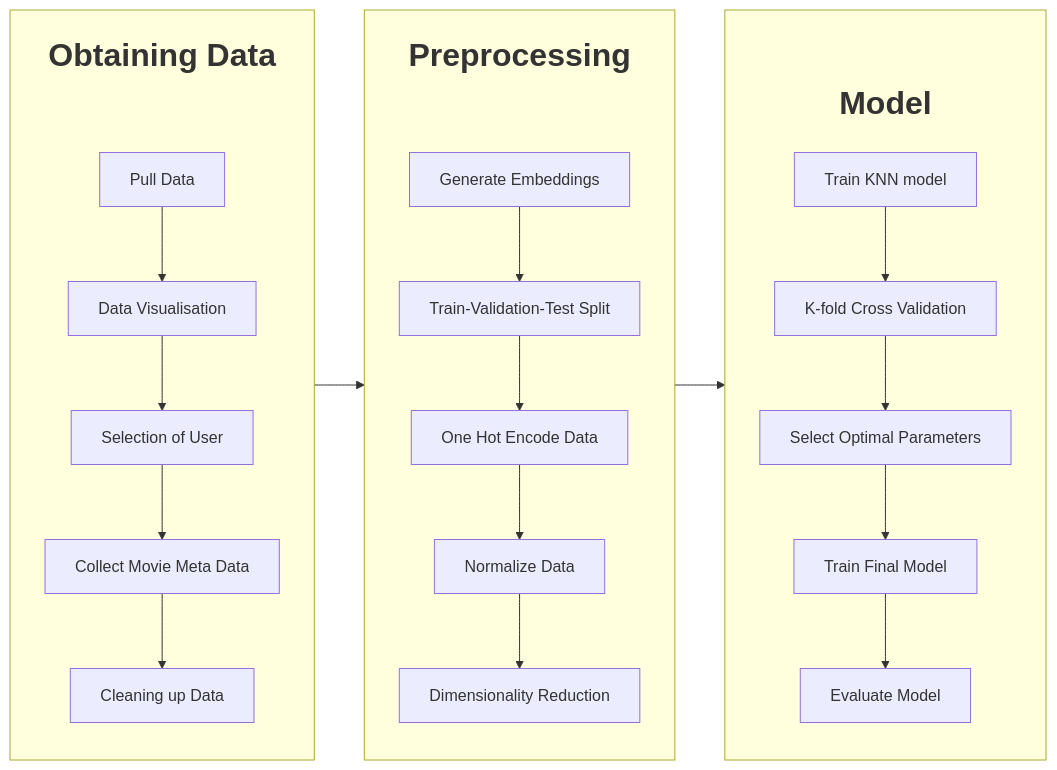
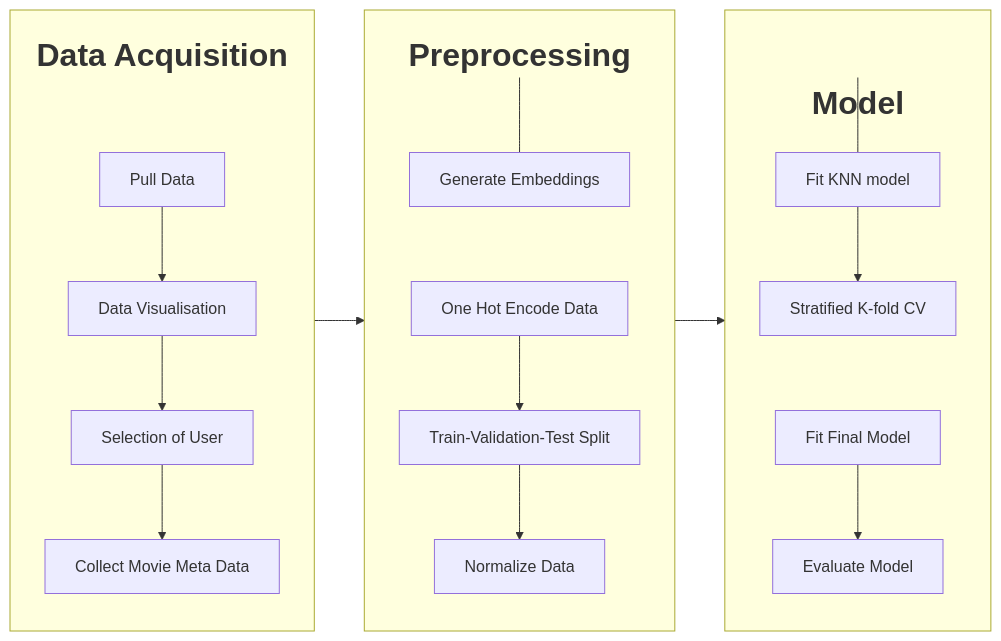
One commit to Cistaroth/IML-FINAL-PROJECT changed the diagram in README.md. Above: the diagram before and after it, drawn with Mermaid.

Commit message:
Update workflow diagram in README.md

````diff
--- a/README.md
+++ b/README.md
@@ -24,59 +24,53 @@
 ```mermaid
 graph LR;
     data_pull[Pull Data]
     data_visualisation[Data Visualisation]
     select_user[Selection of User]
     collect_metadata[Collect Movie Meta Data]
-    data_cleaning[Cleaning up Data]
 
     generate_embeddings[Generate Embeddings]
     train_test_split[Train-Validation-Test Split]
     one_hot_encode_data[One Hot Encode Data]
     normalize_data[Normalize Data]
-    dimensionality_reduction[Dimensionality Reduction]
 
-    train_model[Train KNN model]
-    k_fold_cross_validation[K-fold Cross Validation]
-    select_optimal_parameters[Select Optimal Parameters]
-    train_final_model[Train Final Model]
+    train_model[Fit KNN model]
+    k_fold_cross_validation[Stratified K-fold CV]
+    train_final_model[Fit Final Model]
     model_evaluation[Evaluate Model]
 
-    subgraph obtain_data["<h1> Obtaining Data </h1>"]
+    subgraph obtain_data["<h1> Data Acquisition </h1>"]
     direction TB;
     s1[ ]---data_pull;
     data_pull-->data_visualisation;
     data_visualisation-->select_user;
     select_user-->collect_metadata;
-    collect_metadata-->data_cleaning
     end
 
     subgraph preprocessing["<h1> Preprocessing </h1>"]
     direction TB;
     s2[ ]---generate_embeddings;
-    generate_embeddings-->train_test_split;
-    train_test_split-->one_hot_encode_data;
-    one_hot_encode_data-->normalize_data;
-    normalize_data-->dimensionality_reduction
+    generate_embeddings-->one_hot_encode_data;
+    one_hot_encode_data-->train_test_split;
+    train_test_split-->normalize_data;
     end
 
     subgraph model["<h1> <br/> Model </h1>"]
     direction TB;
     s3[ ]---train_model;
     train_model-->k_fold_cross_validation;
-    k_fold_cross_validation-->select_optimal_parameters;
-    select_optimal_parameters-->train_final_model;
+    k_fold_cross_validation-->train_final_model;
     train_final_model-->model_evaluation;
     end
 
     obtain_data-->preprocessing;
 
     preprocessing-->model;
     
     style s1 fill:none,stroke:none
     style s2 fill:none,stroke:none
     style s3 fill:none,stroke:none
     linkStyle 0,5,10 stroke:none
 
 
 
 ```
````
